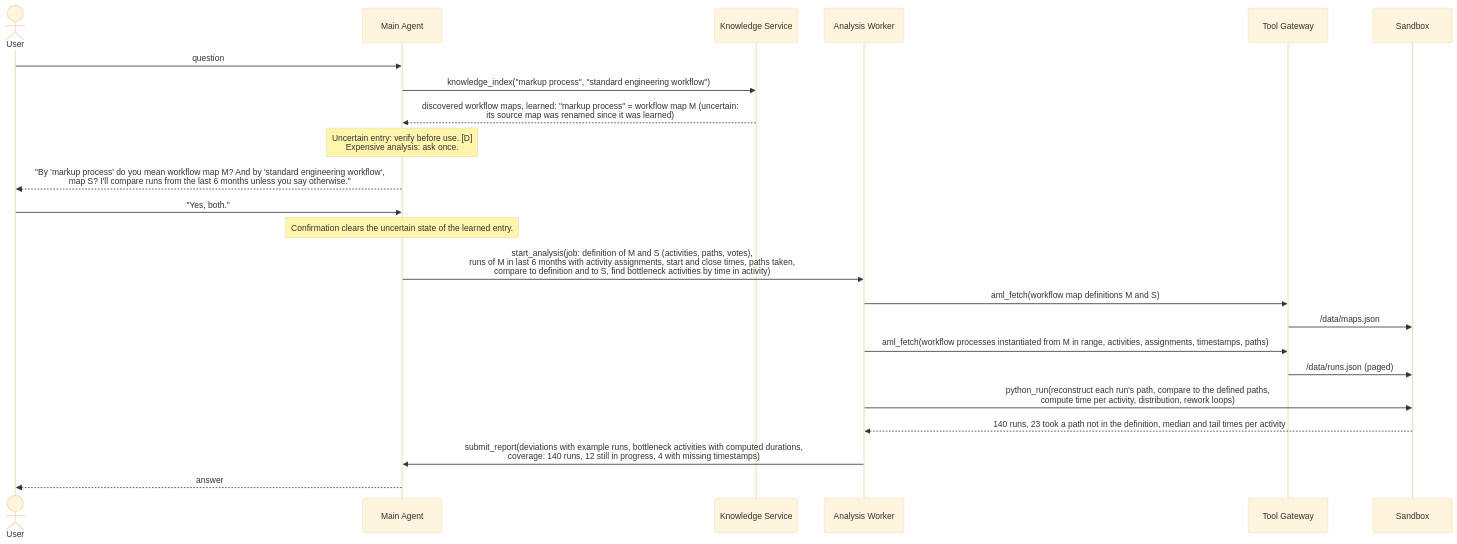
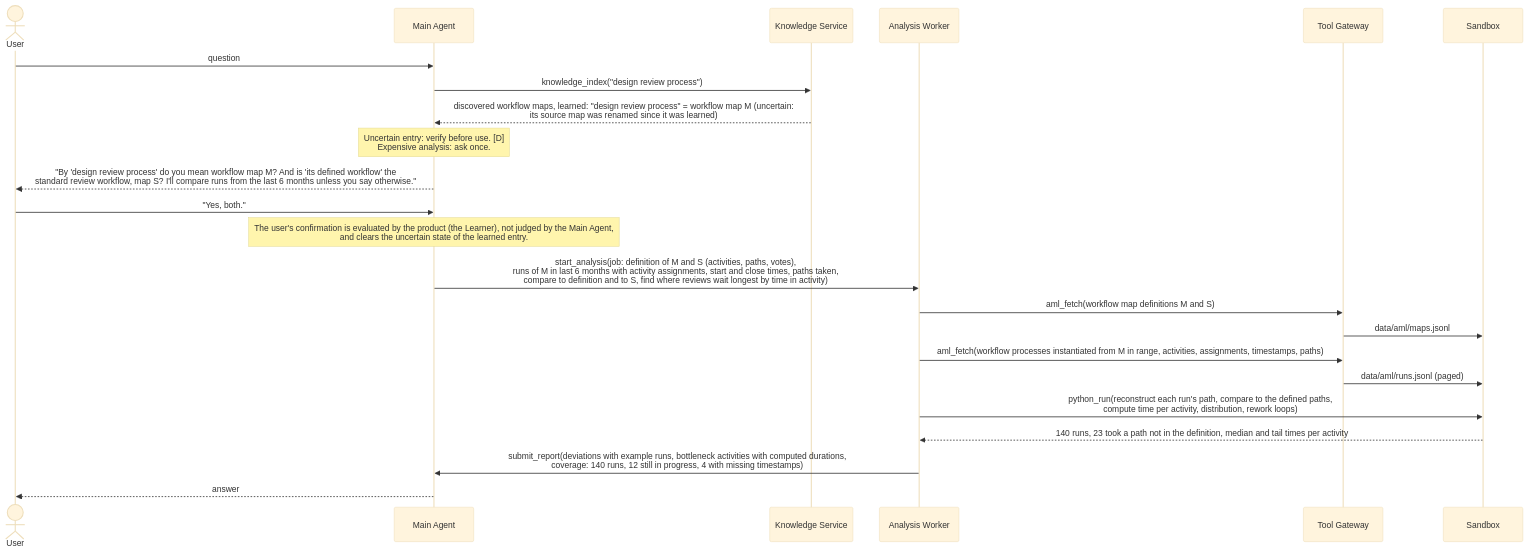
The seventh of 8 diagrams in docs/architecture/question-lifecycle.md (omkarbhale/aras-insight), drawn with Mermaid (base theme) before and after one commit. The commit also changed other lines of this file and 99 other files, not shown here.

````diff
--- a/docs/architecture/question-lifecycle.md
+++ b/docs/architecture/question-lifecycle.md
@@ -251,26 +256,26 @@
 ```mermaid
 sequenceDiagram
     actor U as User
     participant MA as Main Agent
     participant KS as Knowledge Service
     participant W as Analysis Worker
     participant GW as Tool Gateway
     participant SB as Sandbox
 
     U->>MA: question
-    MA->>KS: knowledge_index("markup process", "standard engineering workflow")
-    KS-->>MA: discovered workflow maps, learned: "markup process" = workflow map M (uncertain:<br/>its source map was renamed since it was learned)
+    MA->>KS: knowledge_index("design review process")
+    KS-->>MA: discovered workflow maps, learned: "design review process" = workflow map M (uncertain:<br/>its source map was renamed since it was learned)
     Note over MA: Uncertain entry: verify before use. [D]<br/>Expensive analysis: ask once.
-    MA-->>U: "By 'markup process' do you mean workflow map M? And by 'standard engineering workflow',<br/>map S? I'll compare runs from the last 6 months unless you say otherwise."
+    MA-->>U: "By 'design review process' do you mean workflow map M? And is 'its defined workflow' the<br/>standard review workflow, map S? I'll compare runs from the last 6 months unless you say otherwise."
     U->>MA: "Yes, both."
-    Note over MA: Confirmation clears the uncertain state of the learned entry.
-    MA->>W: start_analysis(job: definition of M and S (activities, paths, votes),<br/>runs of M in last 6 months with activity assignments, start and close times, paths taken,<br/>compare to definition and to S, find bottleneck activities by time in activity)
+    Note over MA: The user's confirmation is evaluated by the product (the Learner), not judged by the Main Agent,<br/>and clears the uncertain state of the learned entry.
+    MA->>W: start_analysis(job: definition of M and S (activities, paths, votes),<br/>runs of M in last 6 months with activity assignments, start and close times, paths taken,<br/>compare to definition and to S, find where reviews wait longest by time in activity)
     W->>GW: aml_fetch(workflow map definitions M and S)
-    GW->>SB: /data/maps.json
+    GW->>SB: data/aml/maps.jsonl
     W->>GW: aml_fetch(workflow processes instantiated from M in range, activities, assignments, timestamps, paths)
-    GW->>SB: /data/runs.json (paged)
+    GW->>SB: data/aml/runs.jsonl (paged)
     W->>SB: python_run(reconstruct each run's path, compare to the defined paths,<br/>compute time per activity, distribution, rework loops)
     SB-->>W: 140 runs, 23 took a path not in the definition, median and tail times per activity
     W->>MA: submit_report(deviations with example runs, bottleneck activities with computed durations,<br/>coverage: 140 runs, 12 still in progress, 4 with missing timestamps)
     MA-->>U: answer
 ```
````
